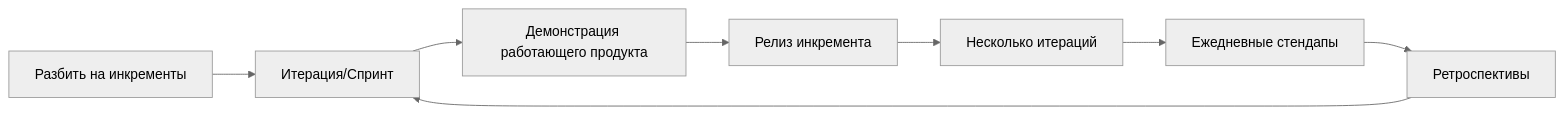
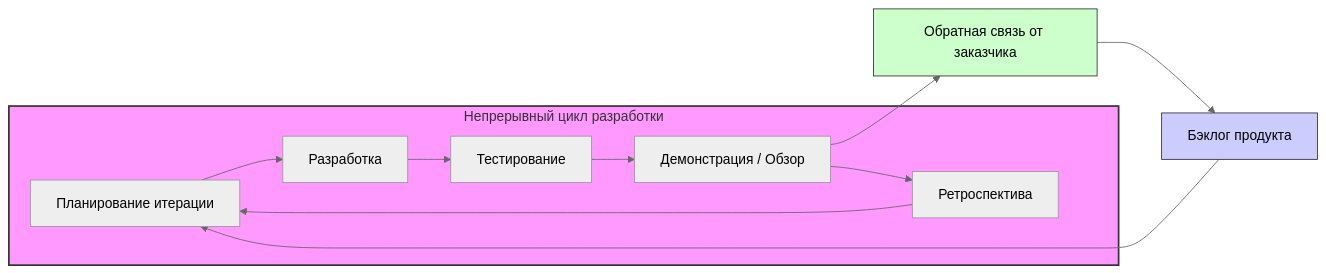
The diagram in Swift/Теория/Архитектурные подходы/Методологии ведения проекта/Методология Agile.md (NuttyCheese/Obsidian), drawn with Mermaid (neutral theme) before and after one commit. The commit also changed other lines of this file and 4 other files, not shown here.

````diff
--- a/Swift/Теория/Архитектурные подходы/Методологии ведения проекта/Методология Agile.md
+++ b/Swift/Теория/Архитектурные подходы/Методологии ведения проекта/Методология Agile.md
@@ -30,10 +61,18 @@
 ```mermaid
 flowchart LR
-    A[Разбить на инкременты] --> B[Итерация/Спринт]
-    B --> C[Демонстрация работающего продукта]
-    C --> D[Релиз инкремента]
-    D --> E[Несколько итераций]
-    E --> F[Ежедневные стендапы]
-    F --> G[Ретроспективы]
-    G --> B
+    subgraph Цикл [Непрерывный цикл разработки]
+        A[Планирование итерации] --> B[Разработка]
+        B --> C[Тестирование]
+        C --> D[Демонстрация / Обзор]
+        D --> E[Ретроспектива]
+        E --> A
+    end
+    
+    F[Бэклог продукта] --> A
+    D --> G[Обратная связь от заказчика]
+    G --> F
+    
+    style Цикл fill:#f9f,stroke:#333,stroke-width:2px
+    style F fill:#ccf,stroke:#333
+    style G fill:#cfc,stroke:#333
 ```
````
